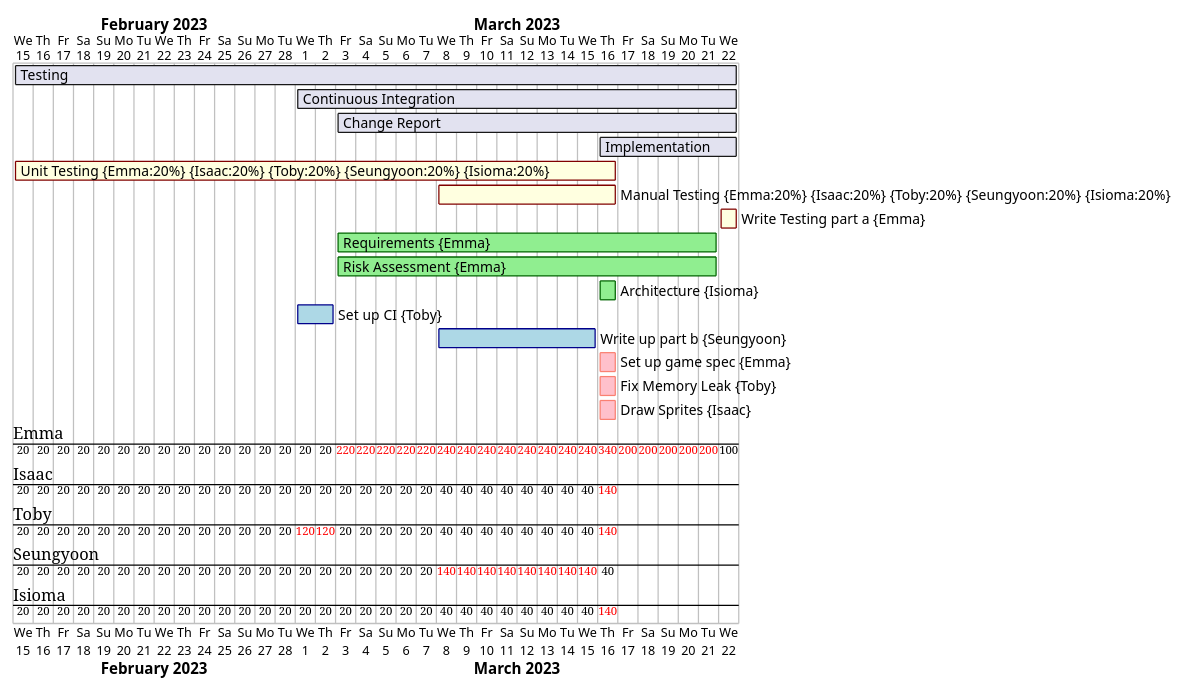
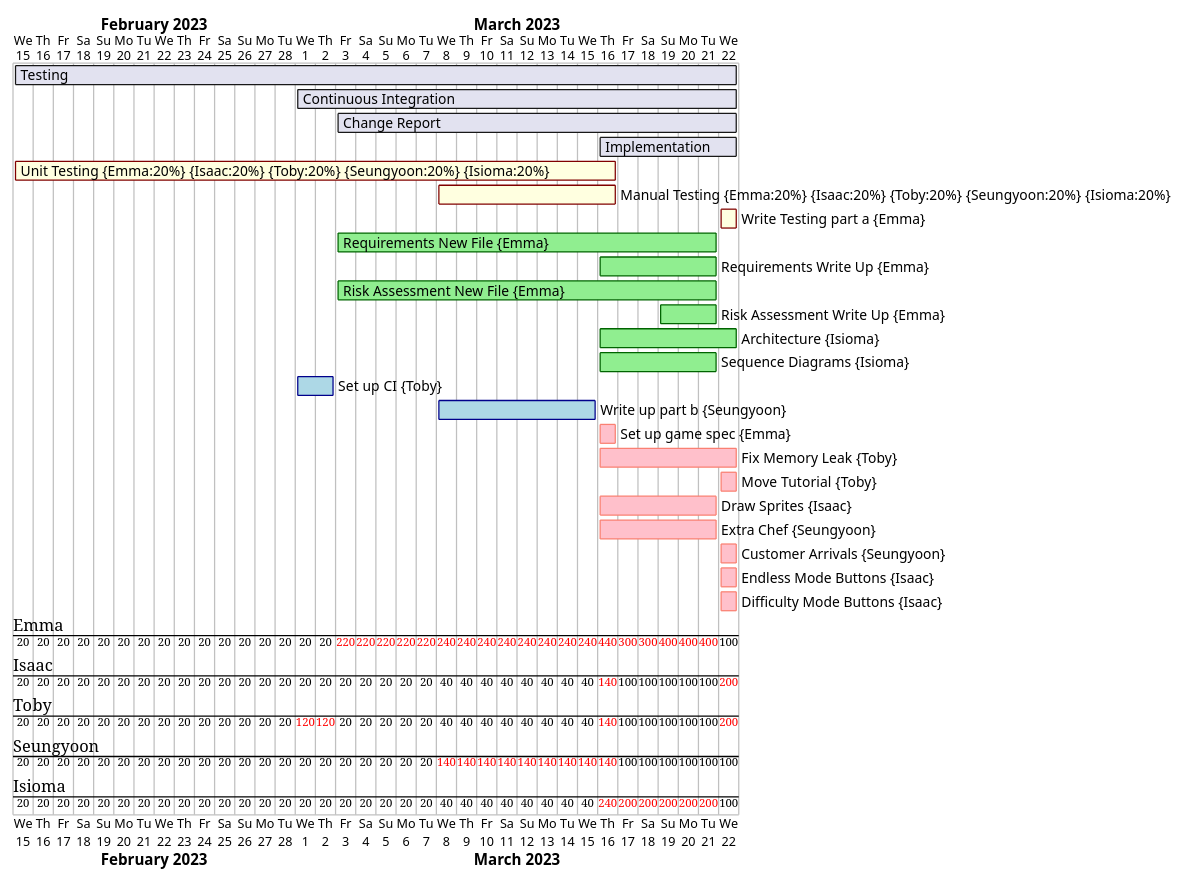
Before and after one commit to AsimovENG1/project_eng1_team3: the diagram in gantts/Week5.puml, drawn with PlantUML.

Commit message:
Week 5 work

```diff
--- a/gantts/Week5.puml
+++ b/gantts/Week5.puml
@@ -1,28 +1,36 @@
 @startgantt
 
 Project starts 2023-02-15
 
 [Testing] starts 2023-02-15
 [Testing] lasts 36 days
 [Continuous Integration] starts 2023-03-01
 [Continuous Integration] lasts 22 days
 [Change Report] starts 2023-03-03
 [Change Report] lasts 20 days
 [Implementation] starts 2023-03-16
 [Implementation] lasts 7 days
 
 [Unit Testing] on {Emma:20%} {Isaac:20%} {Toby:20%} {Seungyoon:20%} {Isioma:20%} starts 2023-02-15 and ends 2023-03-16 and is colored in LightYellow/Maroon
 [Manual Testing] on {Emma:20%} {Isaac:20%} {Toby:20%} {Seungyoon:20%} {Isioma:20%} starts 2023-03-08 and ends 2023-03-16 and is colored in LightYellow/Maroon
 [Write Testing part a] on {Emma:100%} starts 2023-03-22 and ends 2023-03-22 and is colored in LightYellow/Maroon
 
-[Requirements] on {Emma:100%} starts 2023-03-03 and ends 2023-03-21 and is colored in LightGreen/DarkGreen
-[Risk Assessment] on {Emma:100%} starts 2023-03-03 and ends 2023-03-21 and is colored in LightGreen/DarkGreen
-[Architecture] on {Isioma:100%} starts 2023-03-16 and ends 2023-03-16 and is colored in LightGreen/DarkGreen
+[Requirements New File] on {Emma:100%} starts 2023-03-03 and ends 2023-03-21 and is colored in LightGreen/DarkGreen
+[Requirements Write Up] on {Emma:100%} starts 2023-03-16 and ends 2023-03-21 and is colored in LightGreen/DarkGreen
+[Risk Assessment New File] on {Emma:100%} starts 2023-03-03 and ends 2023-03-21 and is colored in LightGreen/DarkGreen
+[Risk Assessment Write Up] on {Emma:100%} starts 2023-03-19 and ends 2023-03-21 and is colored in LightGreen/DarkGreen
+[Architecture] on {Isioma:100%} starts 2023-03-16 and ends 2023-03-22 and is colored in LightGreen/DarkGreen
+[Sequence Diagrams] on {Isioma:100%} starts 2023-03-16 and ends 2023-03-21 and is colored in LightGreen/DarkGreen
 
 [Set up CI] on {Toby:100%} starts 2023-03-01 and ends 2023-03-02 and is colored in LightBlue/DarkBlue
 [Write up part b] on {Seungyoon:100%} starts 2023-03-08 and ends 2023-03-15 and is colored in LightBlue/DarkBlue
 
 [Set up game spec] on {Emma:100%} starts 2023-03-16 and ends 2023-03-16 and is colored in Pink/Salmon
-[Fix Memory Leak] on {Toby:100%} starts 2023-03-16 and ends 2023-03-16 and is colored in Pink/Salmon
-[Draw Sprites] on {Isaac:100%} starts 2023-03-16 and ends 2023-03-16 and is colored in Pink/Salmon
+[Fix Memory Leak] on {Toby:100%} starts 2023-03-16 and ends 2023-03-22 and is colored in Pink/Salmon
+[Move Tutorial] on {Toby:100%} starts 2023-03-22 and ends 2023-03-22 and is colored in Pink/Salmon
+[Draw Sprites] on {Isaac:100%} starts 2023-03-16 and ends 2023-03-21 and is colored in Pink/Salmon
+[Extra Chef] on {Seungyoon:100%} starts 2023-03-16 and ends 2023-03-21 and is colored in Pink/Salmon
+[Customer Arrivals] on {Seungyoon:100%} starts 2023-03-22 and ends 2023-03-22 and is colored in Pink/Salmon
+[Endless Mode Buttons] on {Isaac:100%} starts 2023-03-22 and ends 2023-03-22 and is colored in Pink/Salmon
+[Difficulty Mode Buttons] on {Isaac:100%} starts 2023-03-22 and ends 2023-03-22 and is colored in Pink/Salmon
 @endgantt
```
